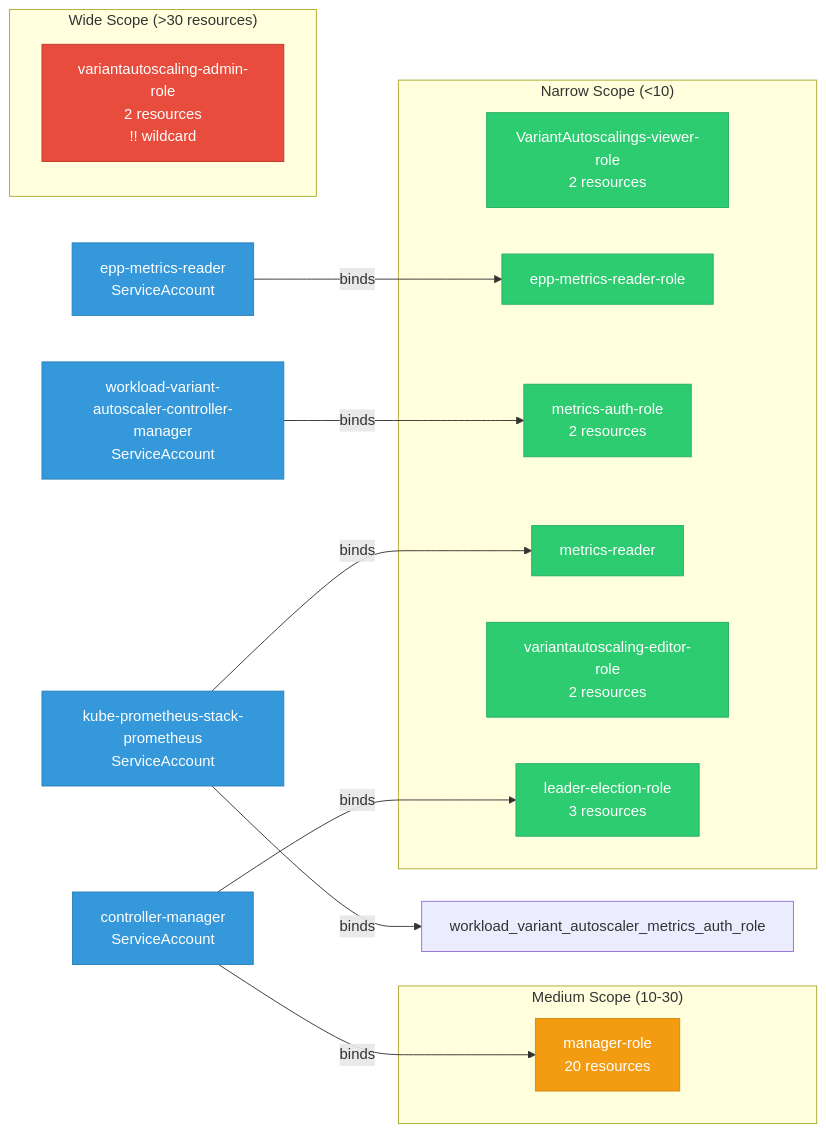
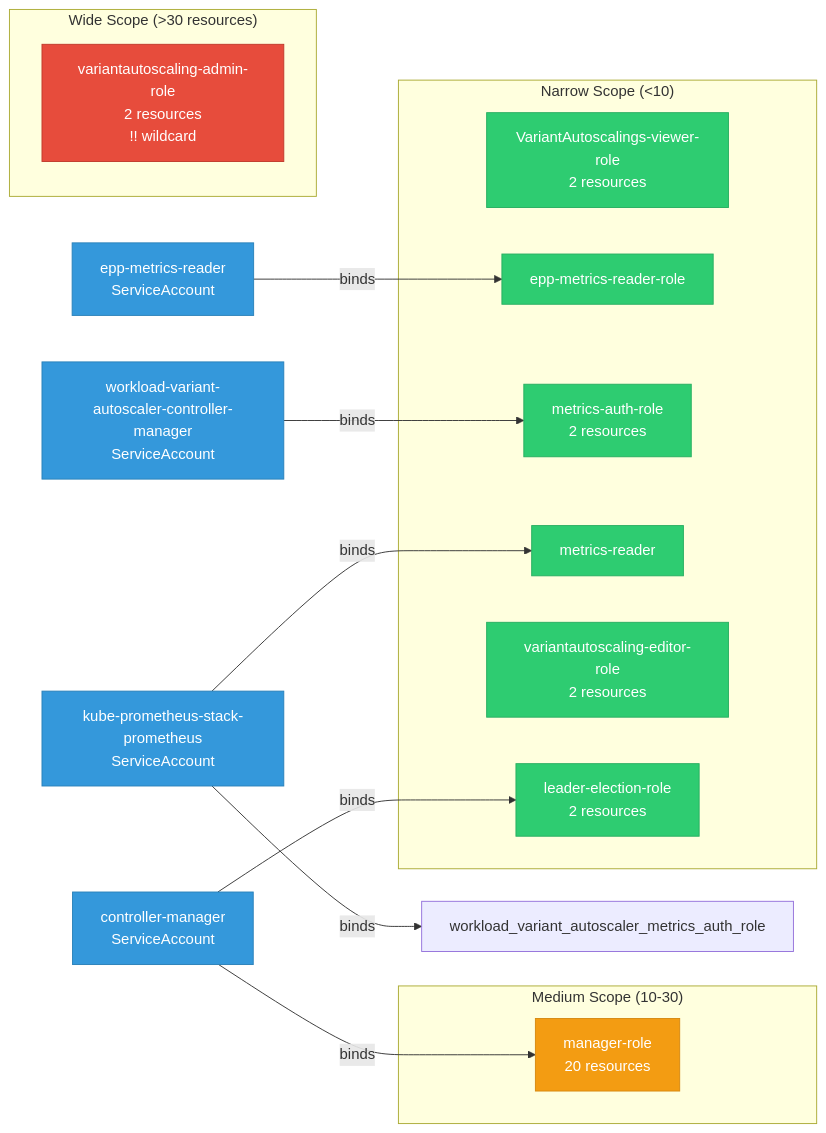
Before and after one commit to ugiordan/rhoai-architecture-analyzer: the diagram in site/docs/odh-platform/components/workload_variant_autoscaler/rbac.md, drawn with Mermaid. The commit also changed other lines of this file and 115 other files, not shown here.

````diff
--- a/site/docs/odh-platform/components/workload_variant_autoscaler/rbac.md
+++ b/site/docs/odh-platform/components/workload_variant_autoscaler/rbac.md
@@ -9,33 +9,33 @@
 ```mermaid
 graph LR
     classDef wide fill:#e74c3c,stroke:#c0392b,color:#fff
     classDef medium fill:#f39c12,stroke:#d68910,color:#fff
     classDef narrow fill:#2ecc71,stroke:#27ae60,color:#fff
     classDef subject fill:#3498db,stroke:#2980b9,color:#fff
 
     subgraph wide["Wide Scope (>30 resources)"]
     variantautoscaling_admin_role["variantautoscaling-admin-role\n2 resources\n!! wildcard"]:::wide
     end
     subgraph med["Medium Scope (10-30)"]
     manager_role["manager-role\n20 resources"]:::medium
     end
     subgraph nar["Narrow Scope (<10)"]
     VariantAutoscalings_viewer_role["VariantAutoscalings-viewer-role\n2 resources"]:::narrow
     epp_metrics_reader_role["epp-metrics-reader-role"]:::narrow
     metrics_auth_role["metrics-auth-role\n2 resources"]:::narrow
     metrics_reader["metrics-reader"]:::narrow
     variantautoscaling_editor_role["variantautoscaling-editor-role\n2 resources"]:::narrow
-    leader_election_role["leader-election-role\n3 resources"]:::narrow
+    leader_election_role["leader-election-role\n2 resources"]:::narrow
     end
 
     subj_epp_metrics_reader["epp-metrics-reader\nServiceAccount"]:::subject
     subj_epp_metrics_reader -->|binds| epp_metrics_reader_role
     subj_controller_manager["controller-manager\nServiceAccount"]:::subject
     subj_controller_manager -->|binds| manager_role
     subj_workload_variant_autoscaler_controller_manager["workload-variant-autoscaler-controller-manager\nServiceAccount"]:::subject
     subj_workload_variant_autoscaler_controller_manager -->|binds| metrics_auth_role
     subj_kube_prometheus_stack_prometheus["kube-prometheus-stack-prometheus\nServiceAccount"]:::subject
     subj_kube_prometheus_stack_prometheus -->|binds| metrics_reader
     subj_kube_prometheus_stack_prometheus -->|binds| workload_variant_autoscaler_metrics_auth_role
     subj_controller_manager -->|binds| leader_election_role
 ```
````
